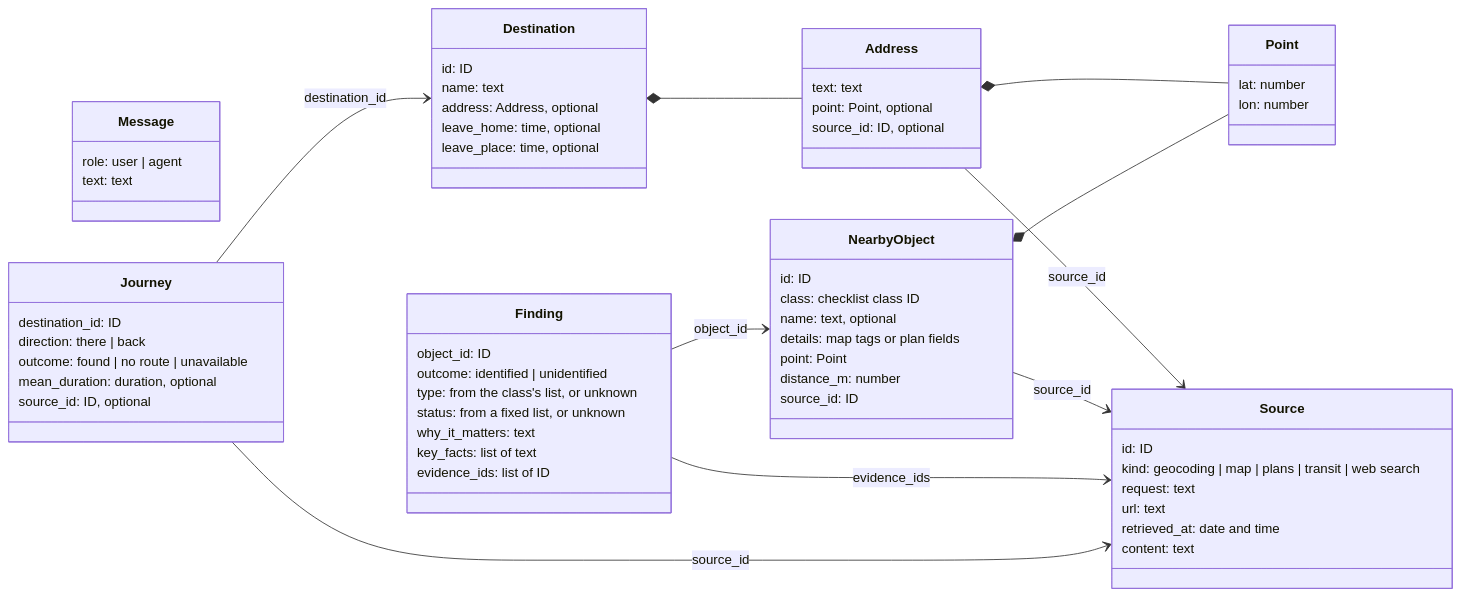
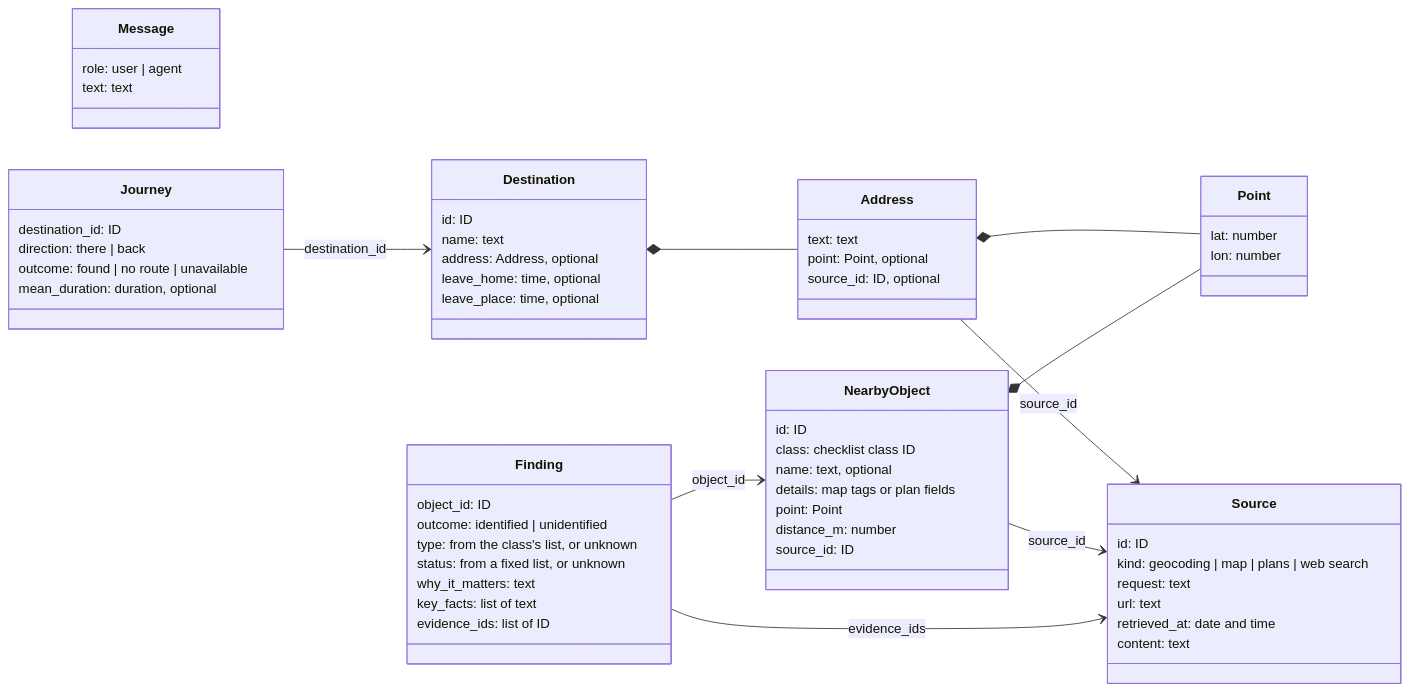
Before and after one commit to avashchenkov/out-of-frame: the second of 2 diagrams in docs/architecture.md, drawn with Mermaid. The commit also changed other lines of this file, not shown here.

Commit message:
docs: drop journey sources and link transitous in the report

````diff
--- a/docs/architecture.md
+++ b/docs/architecture.md
@@ -209,66 +211,64 @@
 ```mermaid
 classDiagram
     direction LR
     class Message {
         role: user | agent
         text: text
     }
     class Address {
         text: text
         point: Point, optional
         source_id: ID, optional
     }
     class Point {
         lat: number
         lon: number
     }
     class Destination {
         id: ID
         name: text
         address: Address, optional
         leave_home: time, optional
         leave_place: time, optional
     }
     class Source {
         id: ID
-        kind: geocoding | map | plans | transit | web search
+        kind: geocoding | map | plans | web search
         request: text
         url: text
         retrieved_at: date and time
         content: text
     }
     class NearbyObject {
         id: ID
         class: checklist class ID
         name: text, optional
         details: map tags or plan fields
         point: Point
         distance_m: number
         source_id: ID
     }
     class Finding {
         object_id: ID
         outcome: identified | unidentified
         type: from the class's list, or unknown
         status: from a fixed list, or unknown
         why_it_matters: text
         key_facts: list of text
         evidence_ids: list of ID
     }
     class Journey {
         destination_id: ID
         direction: there | back
         outcome: found | no route | unavailable
         mean_duration: duration, optional
-        source_id: ID, optional
     }
     Destination *-- Address
     Address *-- Point
     Address --> Source : source_id
     NearbyObject *-- Point
     NearbyObject --> Source : source_id
     Finding --> NearbyObject : object_id
     Finding --> Source : evidence_ids
     Journey --> Destination : destination_id
-    Journey --> Source : source_id
 ```
````
